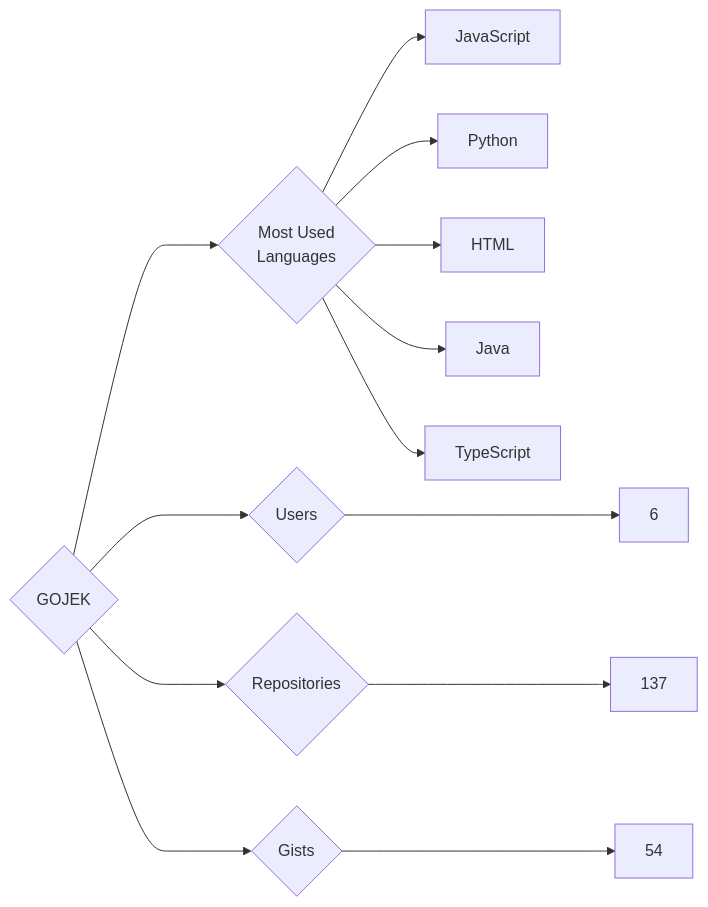
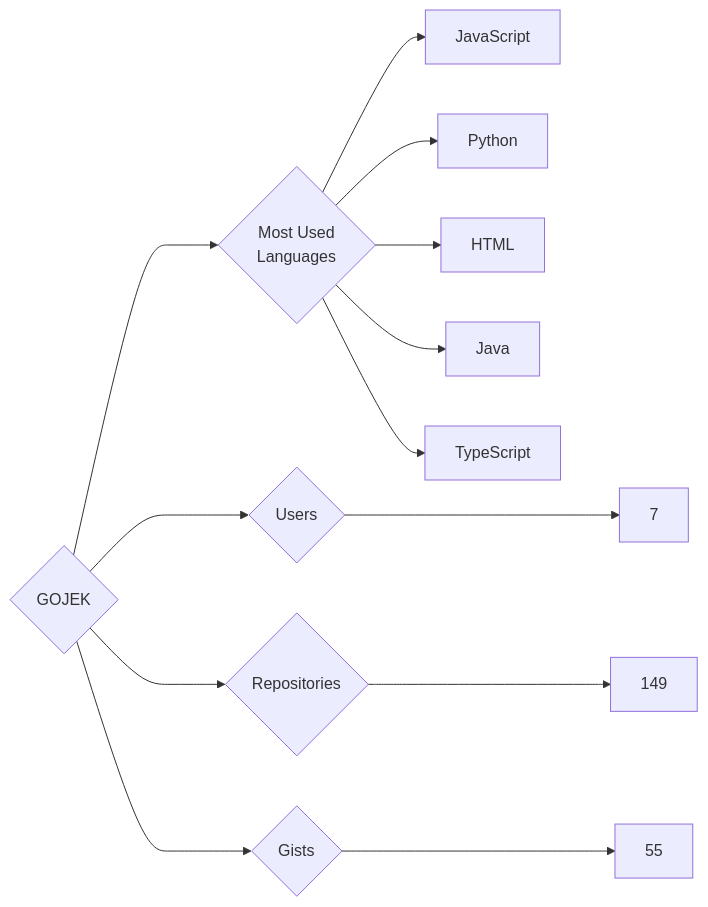
Before and after one commit to trickest/insiders: the diagram in targets/GOJEK/README.md, drawn with Mermaid. The commit also changed 618 other files, not shown here.

````diff
--- a/targets/GOJEK/README.md
+++ b/targets/GOJEK/README.md
@@ -3,13 +3,13 @@
 ```mermaid
 graph LR
 COMPANY_NAME{GOJEK}
-COMPANY_NAME ---> U{Users} ---> UN[6]
-COMPANY_NAME ---> R{Repositories} ---> RN[137]
-COMPANY_NAME ---> G{Gists} ---> GN[54]
+COMPANY_NAME ---> U{Users} ---> UN[7]
+COMPANY_NAME ---> R{Repositories} ---> RN[149]
+COMPANY_NAME ---> G{Gists} ---> GN[55]
 COMPANY_NAME ---> ML{Most Used<br>Languages}
 ML --> JavaScript[JavaScript]
 ML --> Python[Python]
 ML --> HTML[HTML]
 ML --> Java[Java]
 ML --> TypeScript[TypeScript]
 ```
````
